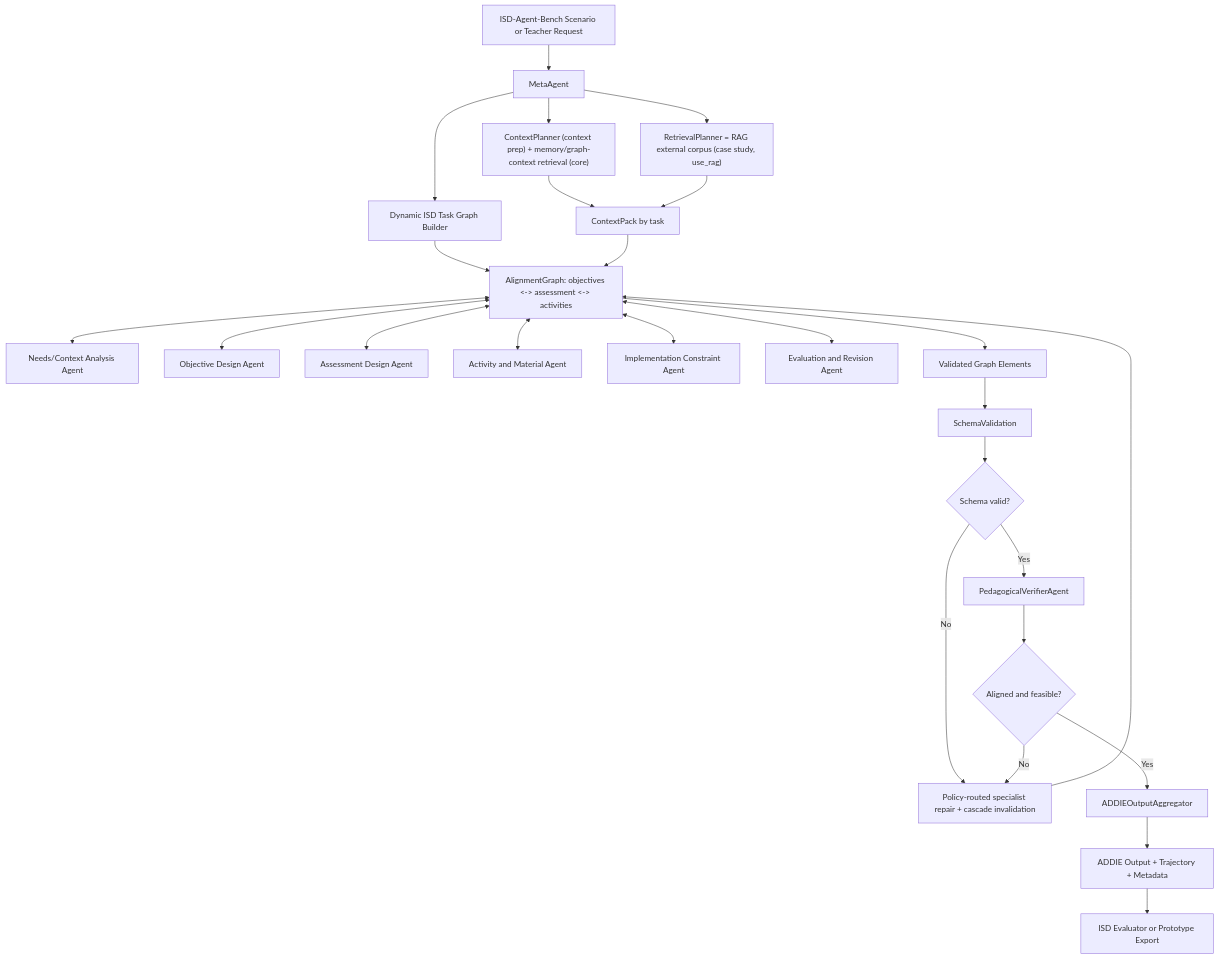
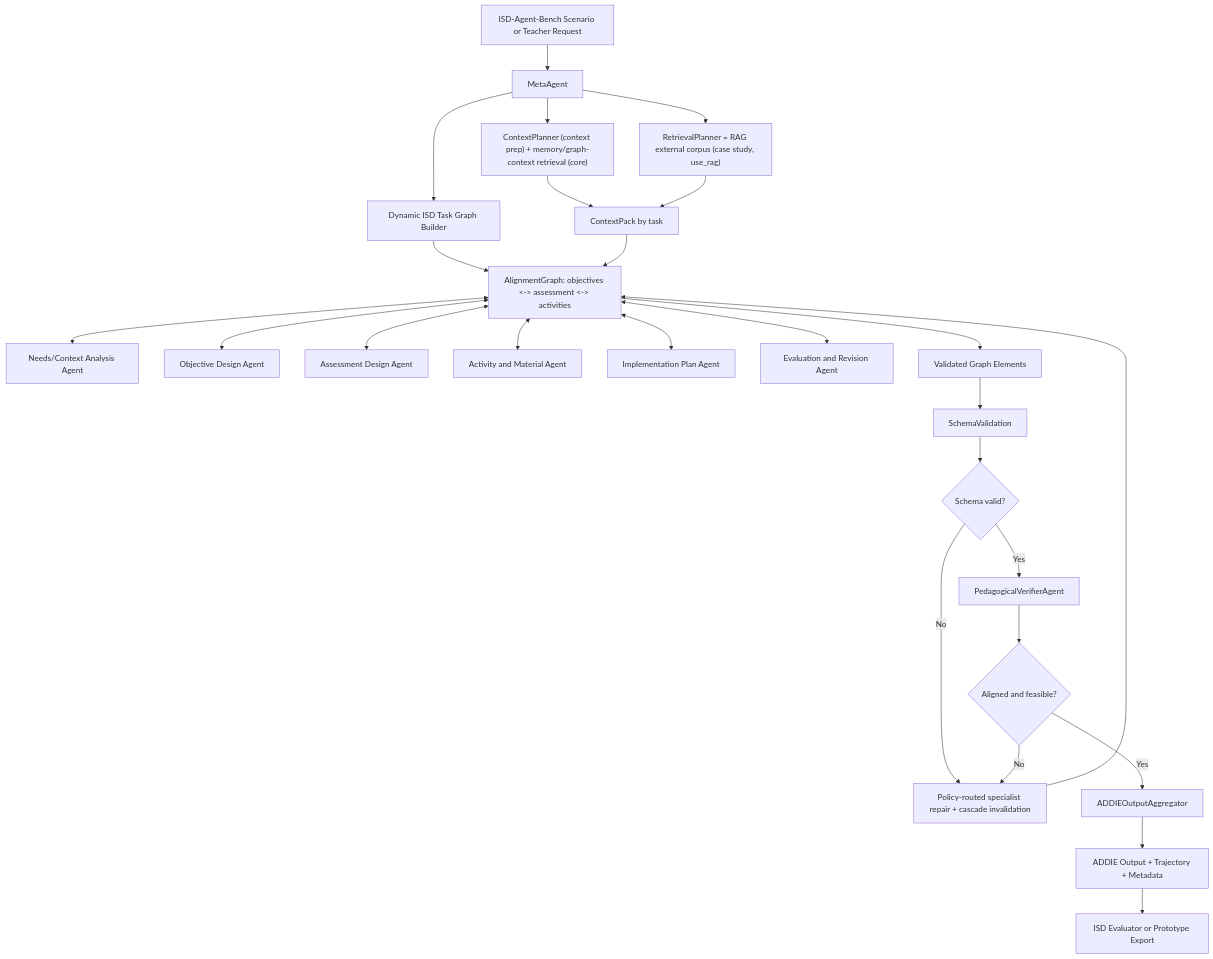
Before and after one commit to phuongbv00/alignmentgraph-isd: the diagram in docs/proposal.md, drawn with Mermaid. The commit also changed other lines of this file and 30 other files, not shown here.

````diff
--- a/docs/proposal.md
+++ b/docs/proposal.md
@@ -92,30 +129,30 @@
 ```mermaid
 flowchart TD
     A["ISD-Agent-Bench Scenario or Teacher Request"] --> B["MetaAgent"]
     B --> C["Dynamic ISD Task Graph Builder"]
     B --> D["ContextPlanner (context prep) + memory/graph-context retrieval (core)"]
     B --> D2["RetrievalPlanner = RAG external corpus (case study, use_rag)"]
     D --> F["ContextPack by task"]
     D2 --> F
 
     C --> G["AlignmentGraph: objectives <-> assessment <-> activities"]
     F --> G
     G <--> H["Needs/Context Analysis Agent"]
     G <--> I["Objective Design Agent"]
     G <--> J["Assessment Design Agent"]
     G <--> K["Activity and Material Agent"]
-    G <--> L["Implementation Constraint Agent"]
+    G <--> L["Implementation Plan Agent"]
     G <--> M["Evaluation and Revision Agent"]
 
     G --> N["Validated Graph Elements"]
     N --> O["SchemaValidation"]
     O --> P{"Schema valid?"}
     P -- "No" --> Q["Policy-routed specialist repair + cascade invalidation"]
     Q --> G
     P -- "Yes" --> R["PedagogicalVerifierAgent"]
     R --> S{"Aligned and feasible?"}
     S -- "No" --> Q
     S -- "Yes" --> T["ADDIEOutputAggregator"]
     T --> U["ADDIE Output + Trajectory + Metadata"]
     U --> V["ISD Evaluator or Prototype Export"]
 ```
````
